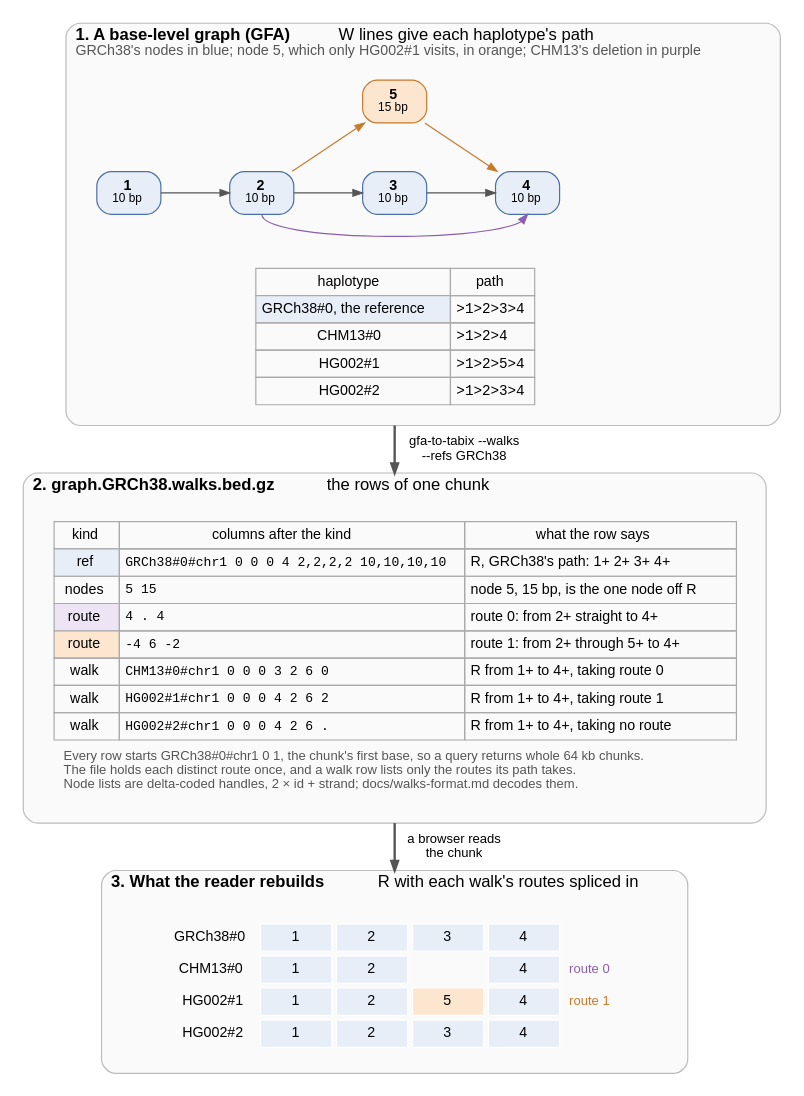
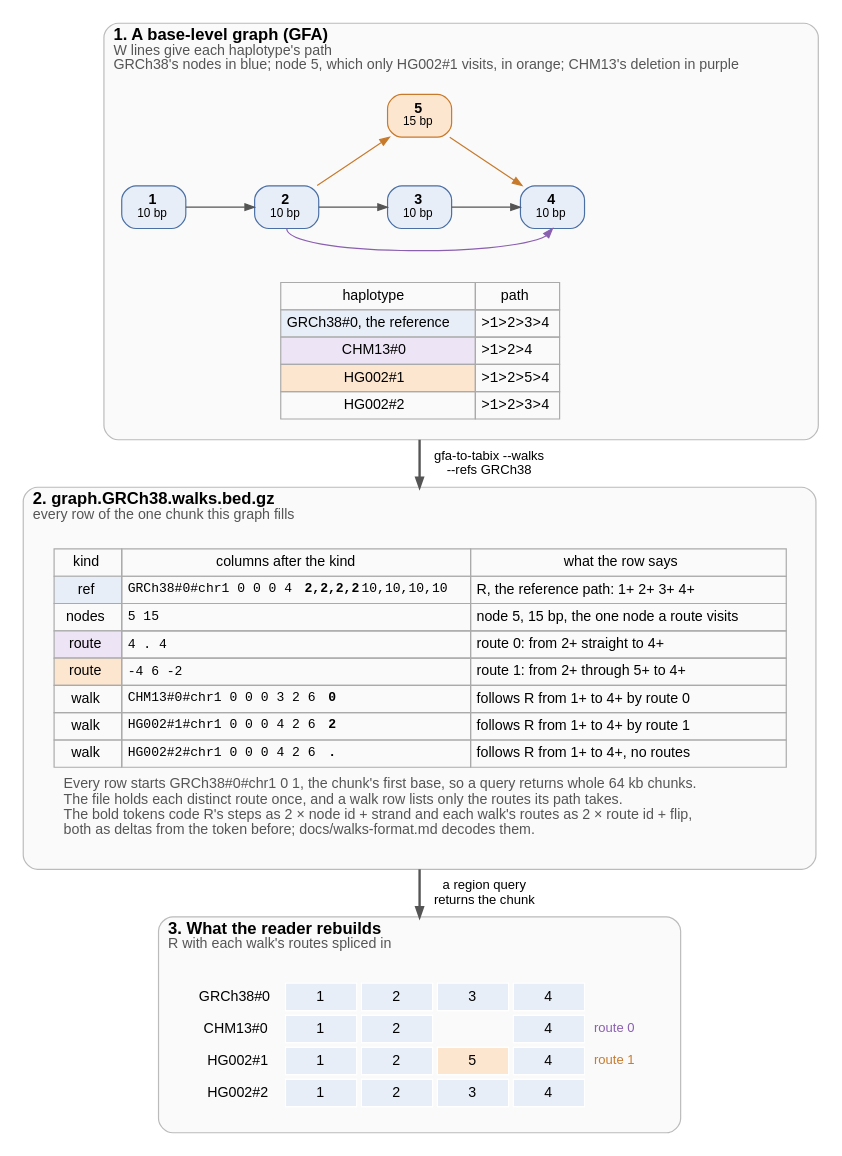
One commit to GMOD/gfa-to-tabix changed the diagram in docs/walks.dot. Above: the diagram before and after it, drawn with Graphviz. The commit also changed 3 other files, not shown here.

```diff
--- a/docs/walks.dot
+++ b/docs/walks.dot
@@ -1,84 +1,84 @@
 // Draw with: dot -Tsvg docs/walks.dot -o docs/walks.svg
 digraph walks {
   bgcolor="white"
   fontname="Helvetica"
   rankdir=TB
   newrank=true
   compound=true
   nodesep=0.4
   ranksep=0.55
   node [fontname="Helvetica", fontsize=12, shape=box, style="filled,rounded", fillcolor="#e8eef7", color="#4a6fa5", margin="0.15,0.06"]
   edge [fontname="Helvetica", fontsize=11, color="#555555", arrowsize=0.8]
 
   subgraph cluster_graph {
-    label=<<B>1. A base-level graph (GFA)</B>   W lines give each haplotype's path<BR ALIGN="LEFT"/><FONT POINT-SIZE="12" COLOR="#555555">GRCh38's nodes in blue; node 5, which only HG002#1 visits, in orange; CHM13's deletion in purple</FONT><BR ALIGN="LEFT"/>>
+    label=<<B>1. A base-level graph (GFA)</B><BR ALIGN="LEFT"/><FONT POINT-SIZE="12" COLOR="#555555">W lines give each haplotype's path</FONT><BR ALIGN="LEFT"/><FONT POINT-SIZE="12" COLOR="#555555">GRCh38's nodes in blue; node 5, which only HG002#1 visits, in orange; CHM13's deletion in purple</FONT><BR ALIGN="LEFT"/>>
     labeljust=l
     fontsize=14
     color="#bbbbbb"
     style="rounded,filled"
     fillcolor="#fafafa"
     margin=14
     n1 [label=<<B>1</B><BR/><FONT POINT-SIZE="10">10 bp</FONT>>]
     n2 [label=<<B>2</B><BR/><FONT POINT-SIZE="10">10 bp</FONT>>]
     n3 [label=<<B>3</B><BR/><FONT POINT-SIZE="10">10 bp</FONT>>]
     n4 [label=<<B>4</B><BR/><FONT POINT-SIZE="10">10 bp</FONT>>]
     n5 [label=<<B>5</B><BR/><FONT POINT-SIZE="10">15 bp</FONT>>, fillcolor="#fde6cf", color="#c77a2b"]
     {rank=same; n1; n2; n3; n4}
     n1 -> n2 -> n3 -> n4 [weight=20]
     n5 -> n3 [style=invis, weight=20]
     n2 -> n5 [color="#c77a2b", constraint=false]
     n5 -> n4 [color="#c77a2b", constraint=false]
     n2:s -> n4:s [color="#8a5fb0", constraint=false]
     paths [shape=plaintext, style="", label=<
       <TABLE BORDER="0" CELLBORDER="1" CELLSPACING="0" CELLPADDING="4" COLOR="#aaaaaa">
         <TR BGCOLOR="#dddddd"><TD>haplotype</TD><TD>path</TD></TR>
         <TR><TD BGCOLOR="#e8eef7">GRCh38#0, the reference</TD><TD ALIGN="LEFT"><FONT FACE="Courier">&gt;1&gt;2&gt;3&gt;4</FONT></TD></TR>
-        <TR><TD>CHM13#0</TD><TD ALIGN="LEFT"><FONT FACE="Courier">&gt;1&gt;2&gt;4</FONT></TD></TR>
-        <TR><TD>HG002#1</TD><TD ALIGN="LEFT"><FONT FACE="Courier">&gt;1&gt;2&gt;5&gt;4</FONT></TD></TR>
+        <TR><TD BGCOLOR="#ede4f5">CHM13#0</TD><TD ALIGN="LEFT"><FONT FACE="Courier">&gt;1&gt;2&gt;4</FONT></TD></TR>
+        <TR><TD BGCOLOR="#fde6cf">HG002#1</TD><TD ALIGN="LEFT"><FONT FACE="Courier">&gt;1&gt;2&gt;5&gt;4</FONT></TD></TR>
         <TR><TD>HG002#2</TD><TD ALIGN="LEFT"><FONT FACE="Courier">&gt;1&gt;2&gt;3&gt;4</FONT></TD></TR>
       </TABLE>>]
     n3 -> paths [style=invis]
   }
 
   subgraph cluster_file {
-    label=<<B>2. graph.GRCh38.walks.bed.gz</B>   the rows of one chunk>
+    label=<<B>2. graph.GRCh38.walks.bed.gz</B><BR ALIGN="LEFT"/><FONT POINT-SIZE="12" COLOR="#555555">every row of the one chunk this graph fills</FONT><BR ALIGN="LEFT"/>>
     labeljust=l
     fontsize=14
     color="#bbbbbb"
     style="rounded,filled"
     fillcolor="#fafafa"
     margin=14
     rows [shape=plaintext, style="", label=<
       <TABLE BORDER="0" CELLBORDER="1" CELLSPACING="0" CELLPADDING="4" COLOR="#aaaaaa">
         <TR BGCOLOR="#dddddd"><TD>kind</TD><TD>columns after the kind</TD><TD>what the row says</TD></TR>
-        <TR><TD BGCOLOR="#e8eef7">ref</TD><TD ALIGN="LEFT"><FONT FACE="Courier" POINT-SIZE="11">GRCh38#0#chr1 0 0 0 4 2,2,2,2 10,10,10,10</FONT></TD><TD ALIGN="LEFT">R, GRCh38's path: 1+ 2+ 3+ 4+</TD></TR>
-        <TR><TD>nodes</TD><TD ALIGN="LEFT"><FONT FACE="Courier" POINT-SIZE="11">5 15</FONT></TD><TD ALIGN="LEFT">node 5, 15 bp, is the one node off R</TD></TR>
+        <TR><TD BGCOLOR="#e8eef7">ref</TD><TD ALIGN="LEFT"><FONT FACE="Courier" POINT-SIZE="11">GRCh38#0#chr1 0 0 0 4 <B>2,2,2,2</B> 10,10,10,10</FONT></TD><TD ALIGN="LEFT">R, the reference path: 1+ 2+ 3+ 4+</TD></TR>
+        <TR><TD>nodes</TD><TD ALIGN="LEFT"><FONT FACE="Courier" POINT-SIZE="11">5 15</FONT></TD><TD ALIGN="LEFT">node 5, 15 bp, the one node a route visits</TD></TR>
         <TR><TD BGCOLOR="#ede4f5">route</TD><TD ALIGN="LEFT"><FONT FACE="Courier" POINT-SIZE="11">4 . 4</FONT></TD><TD ALIGN="LEFT">route 0: from 2+ straight to 4+</TD></TR>
         <TR><TD BGCOLOR="#fde6cf">route</TD><TD ALIGN="LEFT"><FONT FACE="Courier" POINT-SIZE="11">-4 6 -2</FONT></TD><TD ALIGN="LEFT">route 1: from 2+ through 5+ to 4+</TD></TR>
-        <TR><TD>walk</TD><TD ALIGN="LEFT"><FONT FACE="Courier" POINT-SIZE="11">CHM13#0#chr1 0 0 0 3 2 6 0</FONT></TD><TD ALIGN="LEFT">R from 1+ to 4+, taking route 0</TD></TR>
-        <TR><TD>walk</TD><TD ALIGN="LEFT"><FONT FACE="Courier" POINT-SIZE="11">HG002#1#chr1 0 0 0 4 2 6 2</FONT></TD><TD ALIGN="LEFT">R from 1+ to 4+, taking route 1</TD></TR>
-        <TR><TD>walk</TD><TD ALIGN="LEFT"><FONT FACE="Courier" POINT-SIZE="11">HG002#2#chr1 0 0 0 4 2 6 .</FONT></TD><TD ALIGN="LEFT">R from 1+ to 4+, taking no route</TD></TR>
-        <TR><TD COLSPAN="3" BORDER="0" CELLPADDING="8" BALIGN="LEFT"><FONT POINT-SIZE="11" COLOR="#555555">Every row starts GRCh38#0#chr1 0 1, the chunk's first base, so a query returns whole 64 kb chunks.<BR/>The file holds each distinct route once, and a walk row lists only the routes its path takes.<BR/>Node lists are delta-coded handles, 2 × id + strand; docs/walks-format.md decodes them.</FONT></TD></TR>
+        <TR><TD>walk</TD><TD ALIGN="LEFT"><FONT FACE="Courier" POINT-SIZE="11">CHM13#0#chr1 0 0 0 3 2 6 <B>0</B></FONT></TD><TD ALIGN="LEFT">follows R from 1+ to 4+ by route 0</TD></TR>
+        <TR><TD>walk</TD><TD ALIGN="LEFT"><FONT FACE="Courier" POINT-SIZE="11">HG002#1#chr1 0 0 0 4 2 6 <B>2</B></FONT></TD><TD ALIGN="LEFT">follows R from 1+ to 4+ by route 1</TD></TR>
+        <TR><TD>walk</TD><TD ALIGN="LEFT"><FONT FACE="Courier" POINT-SIZE="11">HG002#2#chr1 0 0 0 4 2 6 <B>.</B></FONT></TD><TD ALIGN="LEFT">follows R from 1+ to 4+, no routes</TD></TR>
+        <TR><TD COLSPAN="3" BORDER="0" CELLPADDING="8" ALIGN="LEFT" BALIGN="LEFT"><FONT POINT-SIZE="12" COLOR="#555555">Every row starts GRCh38#0#chr1 0 1, the chunk's first base, so a query returns whole 64 kb chunks.<BR/>The file holds each distinct route once, and a walk row lists only the routes its path takes.<BR/>The bold tokens code R's steps as 2 × node id + strand and each walk's routes as 2 × route id + flip,<BR/>both as deltas from the token before; docs/walks-format.md decodes them.</FONT></TD></TR>
       </TABLE>>]
   }
 
   subgraph cluster_rebuilt {
-    label=<<B>3. What the reader rebuilds</B>   R with each walk's routes spliced in>
+    label=<<B>3. What the reader rebuilds</B><BR ALIGN="LEFT"/><FONT POINT-SIZE="12" COLOR="#555555">R with each walk's routes spliced in</FONT><BR ALIGN="LEFT"/>>
     labeljust=l
     fontsize=14
     color="#bbbbbb"
     style="rounded,filled"
     fillcolor="#fafafa"
     margin=14
     rebuilt [shape=plaintext, style="", label=<
       <TABLE BORDER="0" CELLBORDER="1" CELLSPACING="4" CELLPADDING="4" COLOR="#ffffff">
         <TR><TD BORDER="0" ALIGN="RIGHT">GRCh38#0</TD><TD WIDTH="60" BGCOLOR="#e8eef7">1</TD><TD WIDTH="60" BGCOLOR="#e8eef7">2</TD><TD WIDTH="60" BGCOLOR="#e8eef7">3</TD><TD WIDTH="60" BGCOLOR="#e8eef7">4</TD><TD BORDER="0"></TD></TR>
         <TR><TD BORDER="0" ALIGN="RIGHT">CHM13#0</TD><TD BGCOLOR="#e8eef7">1</TD><TD BGCOLOR="#e8eef7">2</TD><TD BORDER="0"></TD><TD BGCOLOR="#e8eef7">4</TD><TD BORDER="0" ALIGN="LEFT"><FONT POINT-SIZE="11" COLOR="#8a5fb0">route 0</FONT></TD></TR>
         <TR><TD BORDER="0" ALIGN="RIGHT">HG002#1</TD><TD BGCOLOR="#e8eef7">1</TD><TD BGCOLOR="#e8eef7">2</TD><TD BGCOLOR="#fde6cf">5</TD><TD BGCOLOR="#e8eef7">4</TD><TD BORDER="0" ALIGN="LEFT"><FONT POINT-SIZE="11" COLOR="#c77a2b">route 1</FONT></TD></TR>
         <TR><TD BORDER="0" ALIGN="RIGHT">HG002#2</TD><TD BGCOLOR="#e8eef7">1</TD><TD BGCOLOR="#e8eef7">2</TD><TD BGCOLOR="#e8eef7">3</TD><TD BGCOLOR="#e8eef7">4</TD><TD BORDER="0"></TD></TR>
       </TABLE>>]
   }
 
   paths -> rows [ltail=cluster_graph, lhead=cluster_file, label="  gfa-to-tabix --walks\n  --refs GRCh38", penwidth=2]
-  rows -> rebuilt [ltail=cluster_file, lhead=cluster_rebuilt, label="  a browser reads\n  the chunk", penwidth=2]
+  rows -> rebuilt [ltail=cluster_file, lhead=cluster_rebuilt, label="  a region query\n  returns the chunk", penwidth=2]
 }
```
